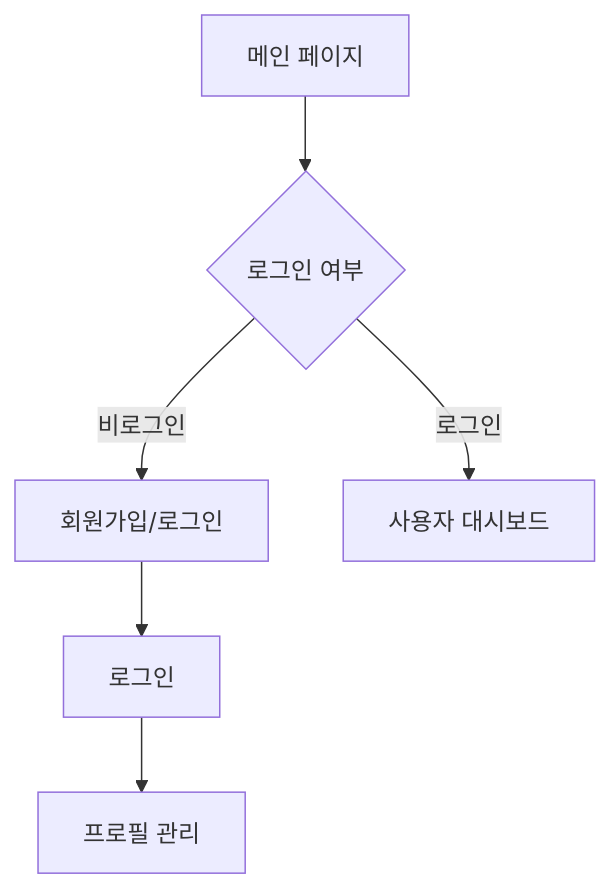
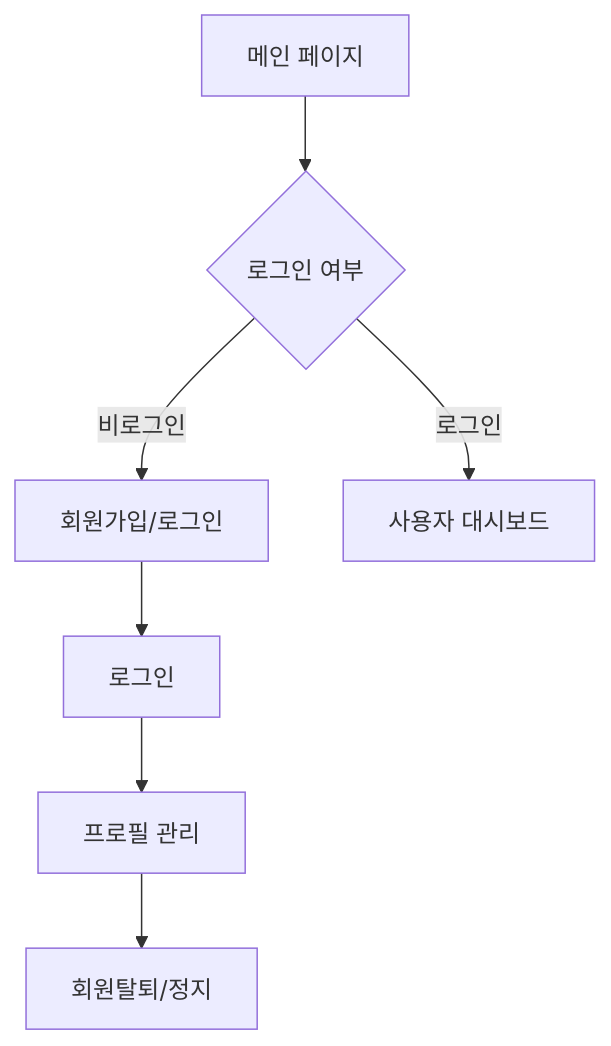
Before and after one commit to oyushik/rookiejangter-web-market: the first of 3 diagrams in docs/domain.md, drawn with Mermaid. The commit also changed other lines of this file and 1 other file, not shown here.

````diff
--- a/docs/domain.md
+++ b/docs/domain.md
@@ -56,8 +51,9 @@
 ```mermaid
 graph TD
     A[메인 페이지] --> B{로그인 여부}
     B -->|비로그인| C[회원가입/로그인]
     C --> D[로그인]
     D --> E[프로필 관리]
+    E --> G[회원탈퇴/정지]
     B -->|로그인| F[사용자 대시보드]
 ```
````
